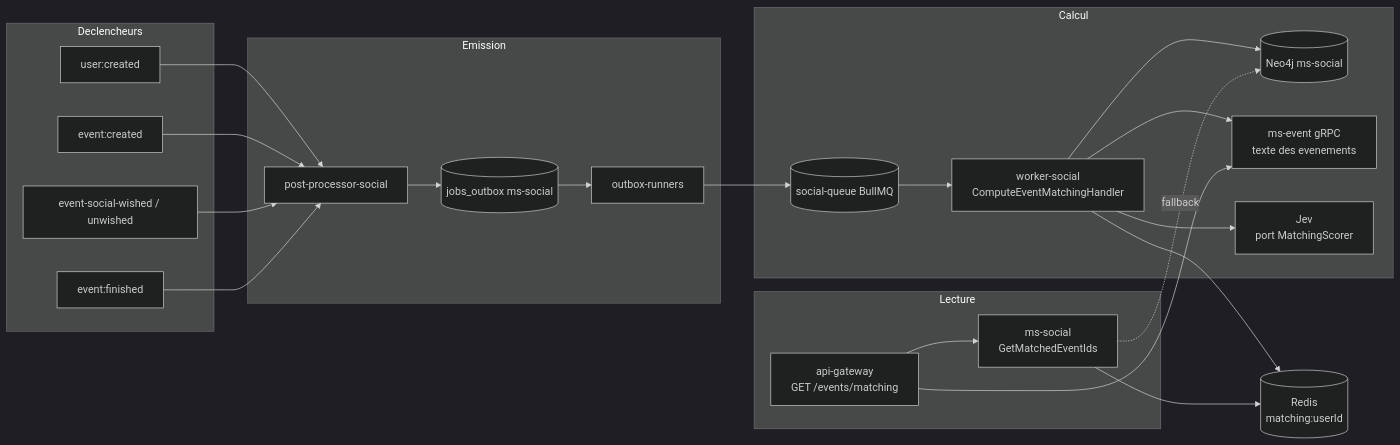
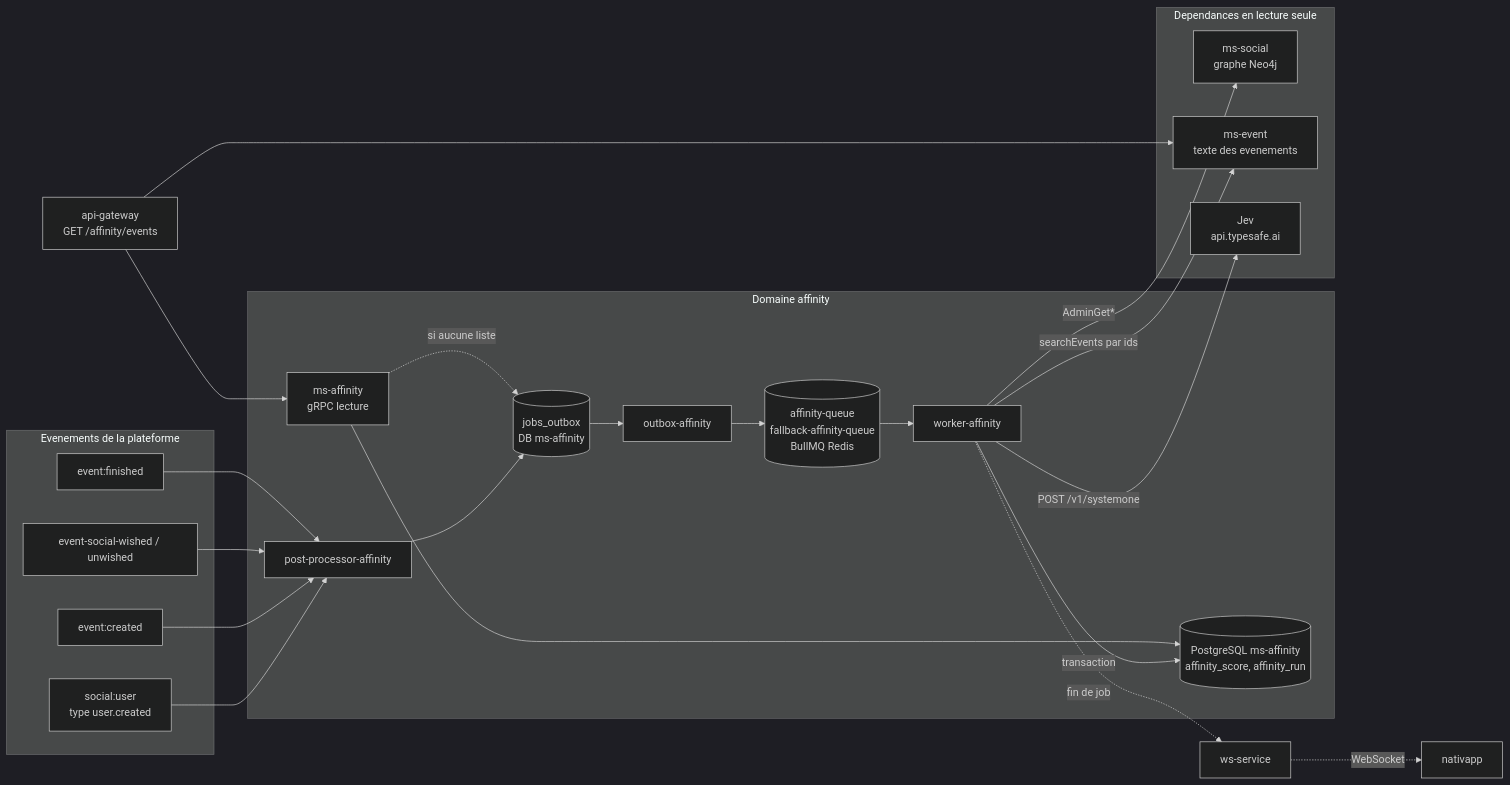
The first of 2 diagrams in matching/02-architecture-cible.md (Volontariapp/docs), drawn with Mermaid (dark theme) before and after one commit. The commit also changed other lines of this file and 16 other files, not shown here.

First line of the commit message:
docs(matching): conception ms-affinity (evenements et feed de posts) apres revue

````diff
--- a/matching/02-architecture-cible.md
+++ b/matching/02-architecture-cible.md
@@ -7,44 +7,41 @@
 ```mermaid
 flowchart LR
-    subgraph Declencheurs
-        UC[user:created]
+    subgraph Declencheurs[Evenements de la plateforme]
+        UC[social:user<br/>type user.created]
         EC[event:created]
         EW[event-social-wished / unwished]
         EF[event:finished]
     end
 
-    subgraph Emission
-        PPS[post-processor-social]
-        OBX[(jobs_outbox ms-social)]
-        RUN[outbox-runners]
+    subgraph AffinityDomain[Domaine affinity]
+        PPA[post-processor-affinity]
+        OBX[(jobs_outbox<br/>DB ms-affinity)]
+        ORA[outbox-affinity]
+        Q[(affinity-queue<br/>fallback-affinity-queue<br/>BullMQ Redis)]
+        W[worker-affinity]
+        DB[(PostgreSQL ms-affinity<br/>affinity_score, affinity_run)]
+        MSA[ms-affinity<br/>gRPC lecture]
     end
 
-    subgraph Calcul
-        Q[(social-queue BullMQ)]
-        W[worker-social<br/>ComputeEventMatchingHandler]
-        N[(Neo4j ms-social)]
-        ME[ms-event gRPC<br/>texte des evenements]
-        J[Jev<br/>port MatchingScorer]
+    subgraph Externes[Dependances en lecture seule]
+        MSS[ms-social<br/>graphe Neo4j]
+        MSE[ms-event<br/>texte des evenements]
+        JEV[Jev<br/>api.typesafe.ai]
     end
 
-    R[(Redis<br/>matching:userId)]
+    UC --> PPA
+    EC --> PPA
+    EW --> PPA
+    EF --> PPA
+    PPA --> OBX --> ORA --> Q --> W
+    W -->|AdminGet*| MSS
+    W -->|searchEvents par ids| MSE
+    W -->|POST /v1/systemone| JEV
+    W -->|transaction| DB
+    MSA --> DB
 
-    subgraph Lecture
-        GW[api-gateway<br/>GET /events/matching]
-        MS[ms-social<br/>GetMatchedEventIds]
-    end
-
-    UC --> PPS
-    EC --> PPS
-    EW --> PPS
-    EF --> PPS
-    PPS --> OBX --> RUN --> Q --> W
-    W --> N
-    W --> ME
-    W --> J
-    W --> R
-
-    GW --> MS --> R
-    MS -. fallback .-> N
-    GW --> ME
+    GW[api-gateway<br/>GET /affinity/events] --> MSA
+    GW --> MSE
+    MSA -. si aucune liste .-> OBX
+    W -. fin de job .-> WS[ws-service] -. WebSocket .-> APP[nativapp]
 ```
````
